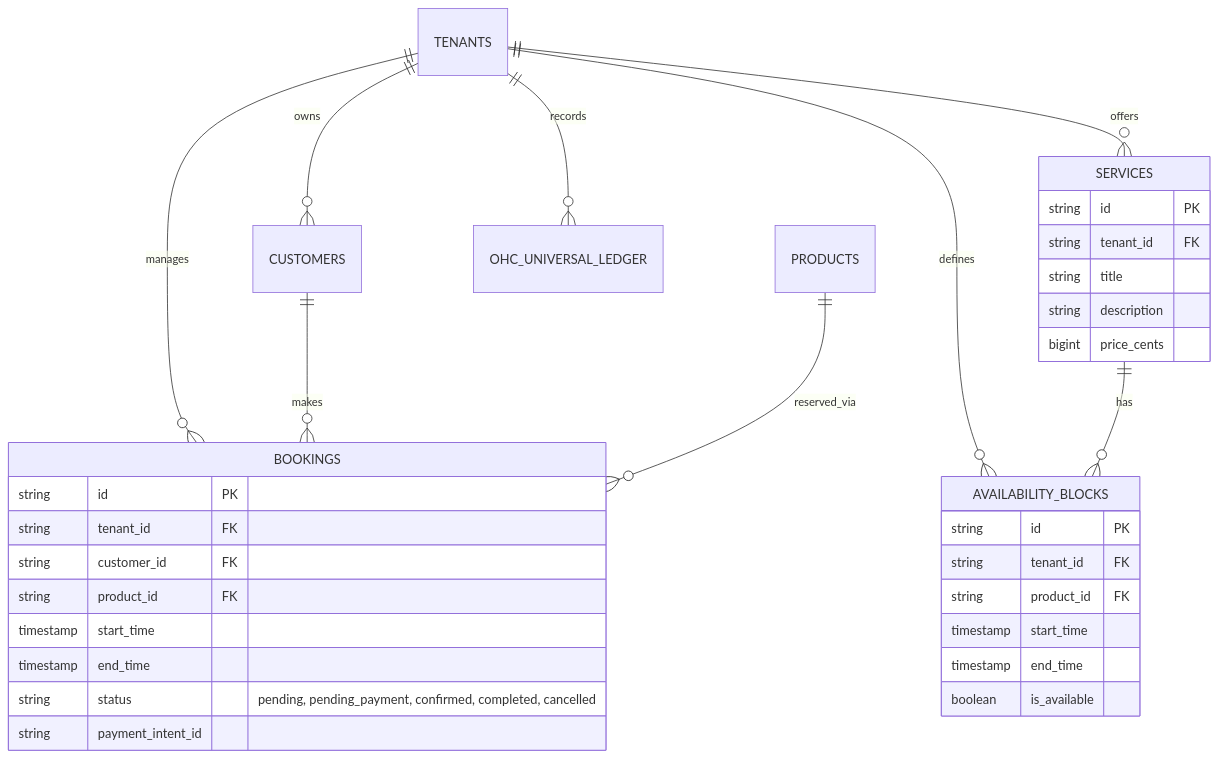
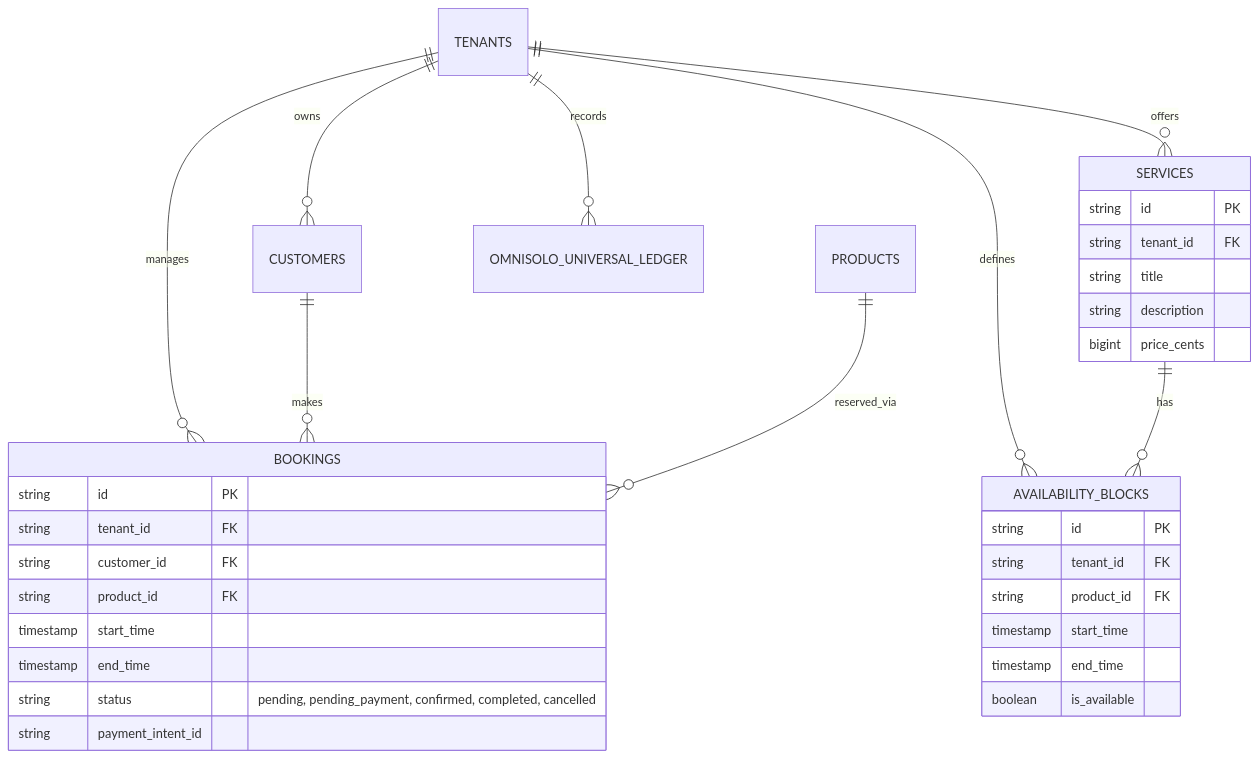
The second of 2 diagrams in docs/autonomous_unified_booking_engine.md (omnisolo-llc/onehumancorp), drawn with Mermaid before and after one commit. The commit also changed other lines of this file and 2191 other files, not shown here.

````diff
--- a/docs/autonomous_unified_booking_engine.md
+++ b/docs/autonomous_unified_booking_engine.md
@@ -25,40 +25,40 @@
 ```mermaid
 erDiagram
     TENANTS ||--o{ CUSTOMERS : "owns"
     TENANTS ||--o{ SERVICES : "offers"
     TENANTS ||--o{ AVAILABILITY_BLOCKS : "defines"
     TENANTS ||--o{ BOOKINGS : "manages"
-    TENANTS ||--o{ OHC_UNIVERSAL_LEDGER : "records"
+    TENANTS ||--o{ OMNISOLO_UNIVERSAL_LEDGER : "records"
 
     CUSTOMERS ||--o{ BOOKINGS : "makes"
     SERVICES ||--o{ AVAILABILITY_BLOCKS : "has"
     PRODUCTS ||--o{ BOOKINGS : "reserved_via"
 
     BOOKINGS {
         string id PK
         string tenant_id FK
         string customer_id FK
         string product_id FK
         timestamp start_time
         timestamp end_time
         string status "pending, pending_payment, confirmed, completed, cancelled"
         string payment_intent_id
     }
 
     SERVICES {
         string id PK
         string tenant_id FK
         string title
         string description
         bigint price_cents
     }
 
     AVAILABILITY_BLOCKS {
         string id PK
         string tenant_id FK
         string product_id FK
         timestamp start_time
         timestamp end_time
         boolean is_available
     }
 ```
````
